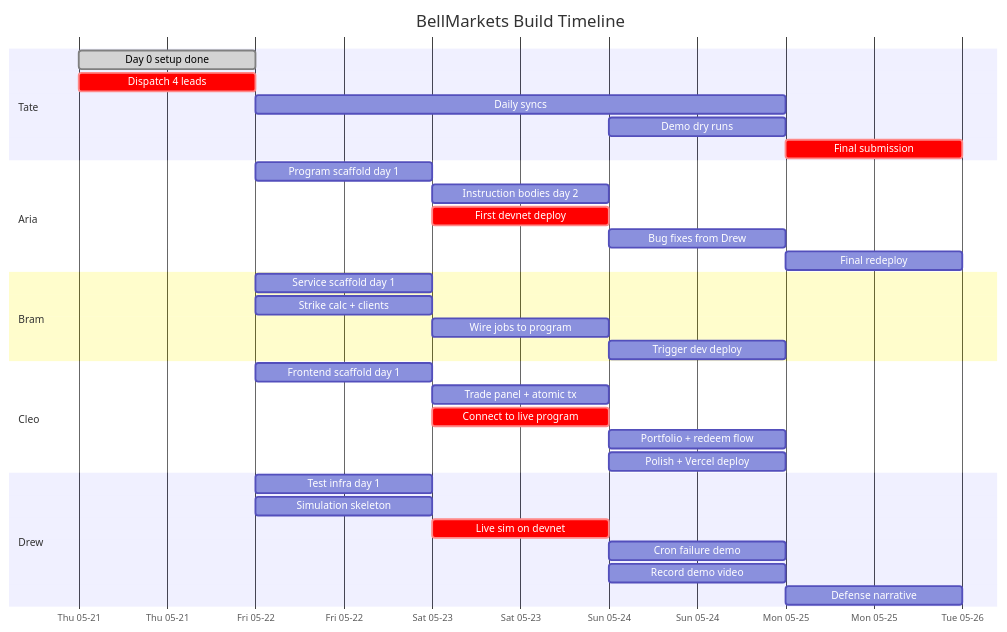
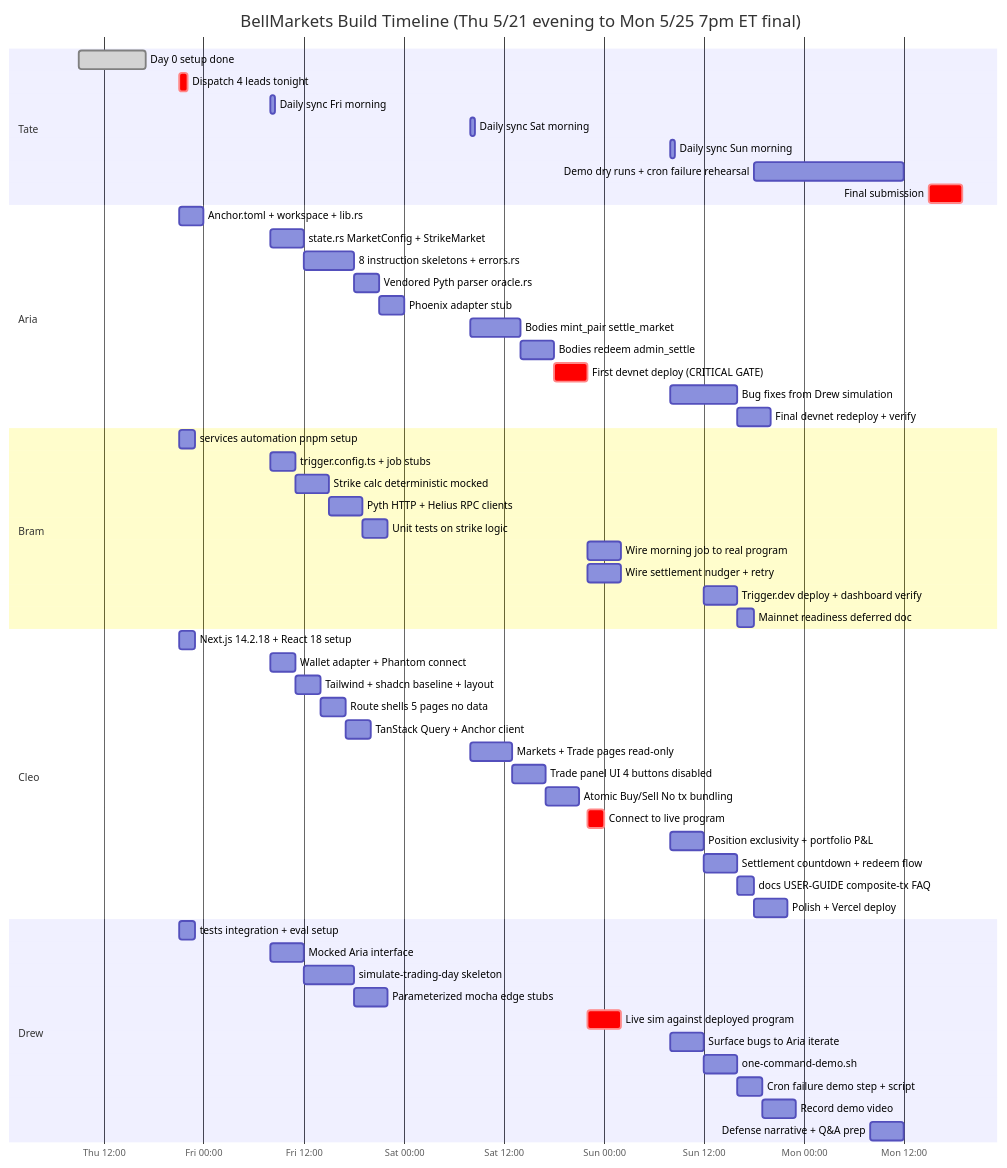
The diagram in docs/TIMELINE.md (TradeUpCards/BellMarkets), drawn with Mermaid before and after one commit.

Commit message:
refine(docs): hour-precision Gantt + after-based gate dependencies
Now that MPE renders Mermaid properly, restore hour-precision
(HH:mm dateFormat) so per-task scheduling is visible within each day.
Also adds explicit critical-path dependencies via `after a7` — the
Sat 5/23 6pm Aria first-devnet-deploy gate now visibly cascades to
Bram's wire-jobs-to-program (b5), Cleo's connect-to-live-program (c8),
and Drew's live-sim-against-deployed-program (d4). If a7 slips, the
three dependent tasks visibly slip with it.

````diff
--- a/docs/TIMELINE.md
+++ b/docs/TIMELINE.md
@@ -22,41 +22,65 @@
 ```mermaid
 gantt
-    title BellMarkets Build Timeline
-    dateFormat YYYY-MM-DD
-    axisFormat %a %m-%d
+    title BellMarkets Build Timeline (Thu 5/21 evening to Mon 5/25 7pm ET final)
+    dateFormat YYYY-MM-DD HH:mm
+    axisFormat %a %H:%M
 
     section Tate
-    Day 0 setup done             :done, t0, 2026-05-21, 1d
-    Dispatch 4 leads             :crit, t1, 2026-05-21, 1d
-    Daily syncs                  :t2, 2026-05-22, 3d
-    Demo dry runs                :t3, 2026-05-24, 1d
-    Final submission             :crit, t4, 2026-05-25, 1d
+    Day 0 setup done                       :done, t0, 2026-05-21 09:00, 8h
+    Dispatch 4 leads tonight               :crit, t1, 2026-05-21 21:00, 1h
+    Daily sync Fri morning                 :t2, 2026-05-22 08:00, 30m
+    Daily sync Sat morning                 :t3, 2026-05-23 08:00, 30m
+    Daily sync Sun morning                 :t4, 2026-05-24 08:00, 30m
+    Demo dry runs + cron failure rehearsal :t5, 2026-05-24 18:00, 18h
+    Final submission                       :crit, t6, 2026-05-25 15:00, 4h
 
     section Aria
-    Program scaffold day 1       :a1, 2026-05-22, 1d
-    Instruction bodies day 2     :a2, 2026-05-23, 1d
-    First devnet deploy          :crit, a3, 2026-05-23, 1d
-    Bug fixes from Drew          :a4, 2026-05-24, 1d
-    Final redeploy               :a5, 2026-05-25, 1d
+    Anchor.toml + workspace + lib.rs       :a0, 2026-05-21 21:00, 3h
+    state.rs MarketConfig + StrikeMarket   :a1, 2026-05-22 08:00, 4h
+    8 instruction skeletons + errors.rs    :a2, 2026-05-22 12:00, 6h
+    Vendored Pyth parser oracle.rs         :a3, 2026-05-22 18:00, 3h
+    Phoenix adapter stub                   :a4, 2026-05-22 21:00, 3h
+    Bodies mint_pair settle_market         :a5, 2026-05-23 08:00, 6h
+    Bodies redeem admin_settle             :a6, 2026-05-23 14:00, 4h
+    First devnet deploy (CRITICAL GATE)    :crit, a7, 2026-05-23 18:00, 4h
+    Bug fixes from Drew simulation         :a8, 2026-05-24 08:00, 8h
+    Final devnet redeploy + verify         :a9, 2026-05-24 16:00, 4h
 
     section Bram
-    Service scaffold day 1       :b1, 2026-05-22, 1d
-    Strike calc + clients        :b2, 2026-05-22, 1d
-    Wire jobs to program         :b3, 2026-05-23, 1d
-    Trigger dev deploy           :b4, 2026-05-24, 1d
+    services automation pnpm setup         :b0, 2026-05-21 21:00, 2h
+    trigger.config.ts + job stubs          :b1, 2026-05-22 08:00, 3h
+    Strike calc deterministic mocked       :b2, 2026-05-22 11:00, 4h
+    Pyth HTTP + Helius RPC clients         :b3, 2026-05-22 15:00, 4h
+    Unit tests on strike logic             :b4, 2026-05-22 19:00, 3h
+    Wire morning job to real program       :b5, after a7, 4h
+    Wire settlement nudger + retry         :b6, 2026-05-23 22:00, 4h
+    Trigger.dev deploy + dashboard verify  :b7, 2026-05-24 12:00, 4h
+    Mainnet readiness deferred doc         :b8, 2026-05-24 16:00, 2h
 
     section Cleo
-    Frontend scaffold day 1      :c1, 2026-05-22, 1d
-    Trade panel + atomic tx      :c2, 2026-05-23, 1d
-    Connect to live program      :crit, c3, 2026-05-23, 1d
-    Portfolio + redeem flow      :c4, 2026-05-24, 1d
-    Polish + Vercel deploy       :c5, 2026-05-24, 1d
+    Next.js 14.2.18 + React 18 setup       :c0, 2026-05-21 21:00, 2h
+    Wallet adapter + Phantom connect       :c1, 2026-05-22 08:00, 3h
+    Tailwind + shadcn baseline + layout    :c2, 2026-05-22 11:00, 3h
+    Route shells 5 pages no data           :c3, 2026-05-22 14:00, 3h
+    TanStack Query + Anchor client         :c4, 2026-05-22 17:00, 3h
+    Markets + Trade pages read-only        :c5, 2026-05-23 08:00, 5h
+    Trade panel UI 4 buttons disabled      :c6, 2026-05-23 13:00, 4h
+    Atomic Buy/Sell No tx bundling         :c7, 2026-05-23 17:00, 4h
+    Connect to live program                :crit, c8, after a7, 2h
+    Position exclusivity + portfolio P&L   :c9, 2026-05-24 08:00, 4h
+    Settlement countdown + redeem flow     :c10, 2026-05-24 12:00, 4h
+    docs USER-GUIDE composite-tx FAQ       :c11, 2026-05-24 16:00, 2h
+    Polish + Vercel deploy                 :c12, 2026-05-24 18:00, 4h
 
     section Drew
-    Test infra day 1             :d1, 2026-05-22, 1d
-    Simulation skeleton          :d2, 2026-05-22, 1d
-    Live sim on devnet           :crit, d3, 2026-05-23, 1d
-    Cron failure demo            :d4, 2026-05-24, 1d
-    Record demo video            :d5, 2026-05-24, 1d
-    Defense narrative            :d6, 2026-05-25, 1d
+    tests integration + eval setup         :d0, 2026-05-21 21:00, 2h
+    Mocked Aria interface                  :d1, 2026-05-22 08:00, 4h
+    simulate-trading-day skeleton          :d2, 2026-05-22 12:00, 6h
+    Parameterized mocha edge stubs         :d3, 2026-05-22 18:00, 4h
+    Live sim against deployed program      :crit, d4, after a7, 4h
+    Surface bugs to Aria iterate           :d5, 2026-05-24 08:00, 4h
+    one-command-demo.sh                    :d6, 2026-05-24 12:00, 4h
+    Cron failure demo step + script        :d7, 2026-05-24 16:00, 3h
+    Record demo video                      :d8, 2026-05-24 19:00, 4h
+    Defense narrative + Q&A prep           :d9, 2026-05-25 08:00, 4h
 ```
````
